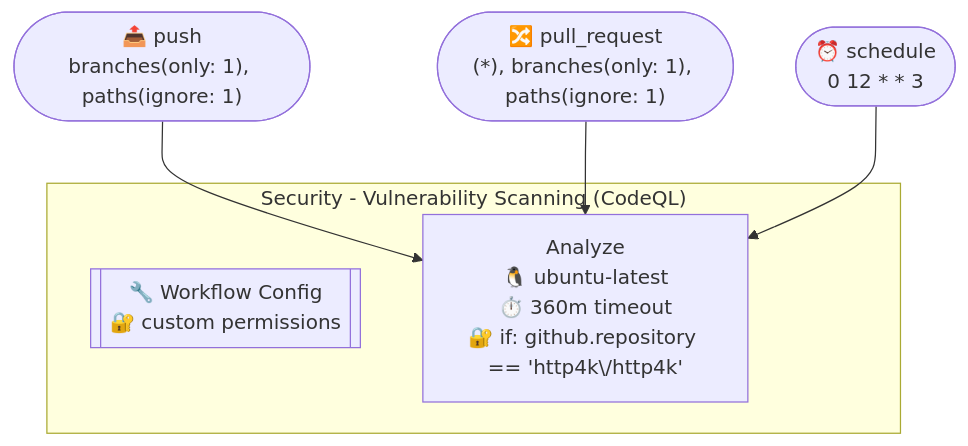
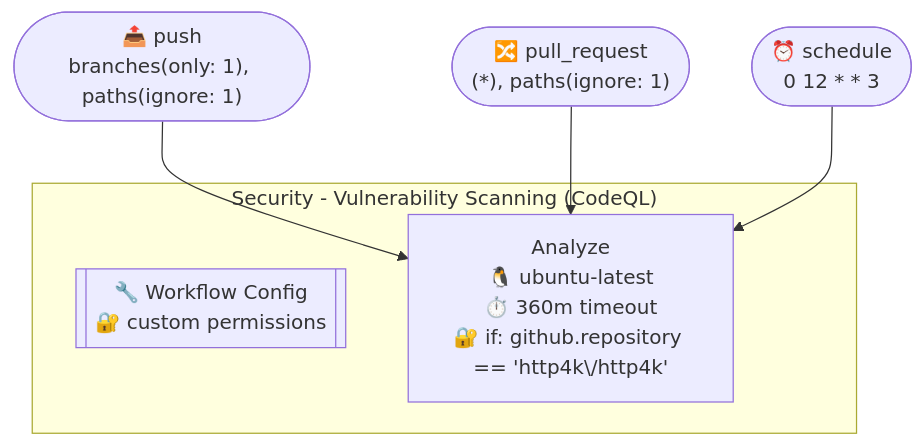
One commit to http4k/http4k changed the first of 2 diagrams in .github/typeflows/security_codeql/README.md. Above: the diagram before and after it, drawn with Mermaid. The commit also changed 3 other files, not shown here.

````diff
--- a/.github/typeflows/security_codeql/README.md
+++ b/.github/typeflows/security_codeql/README.md
@@ -3,14 +3,14 @@
 ```mermaid
 %%{init: {"flowchart": {"curve": "basis"}}}%%
 flowchart TD
     push(["📤 push<br/>branches(only: 1), paths(ignore: 1)"])
-    pullrequest(["🔀 pull_request<br/>(*), branches(only: 1), paths(ignore: 1)"])
+    pullrequest(["🔀 pull_request<br/>(*), paths(ignore: 1)"])
     schedule(["⏰ schedule<br/>0 12 * * 3"])
     subgraph securitycodeqlyml["Security - Vulnerability Scanning (CodeQL)"]
         securitycodeqlyml_metadata[["🔧 Workflow Config<br/>🔐 custom permissions"]]
         securitycodeqlyml_analyze["Analyze<br/>🐧 ubuntu-latest<br/>⏱️ 360m timeout<br/>🔐 if: github.repository == 'http4k\/http4k'"]
     end
     push --> securitycodeqlyml_analyze
     pullrequest --> securitycodeqlyml_analyze
     schedule --> securitycodeqlyml_analyze
 ```
````
